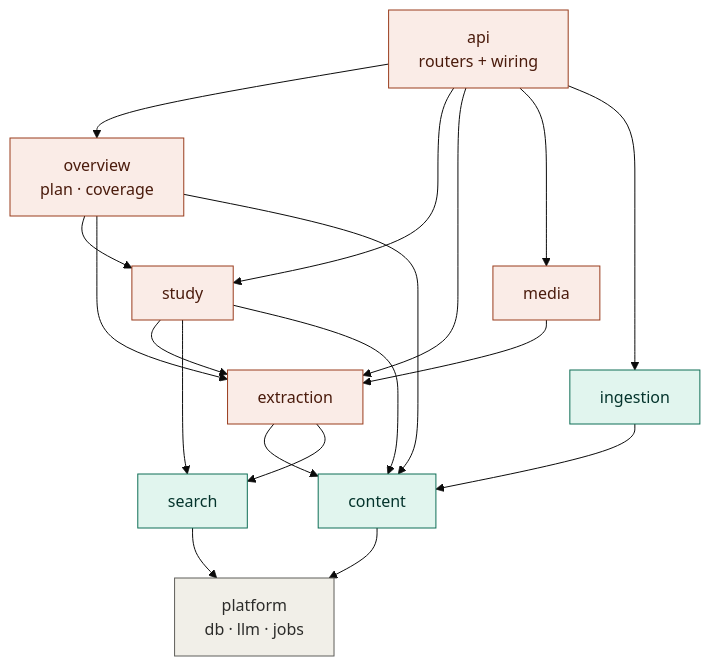
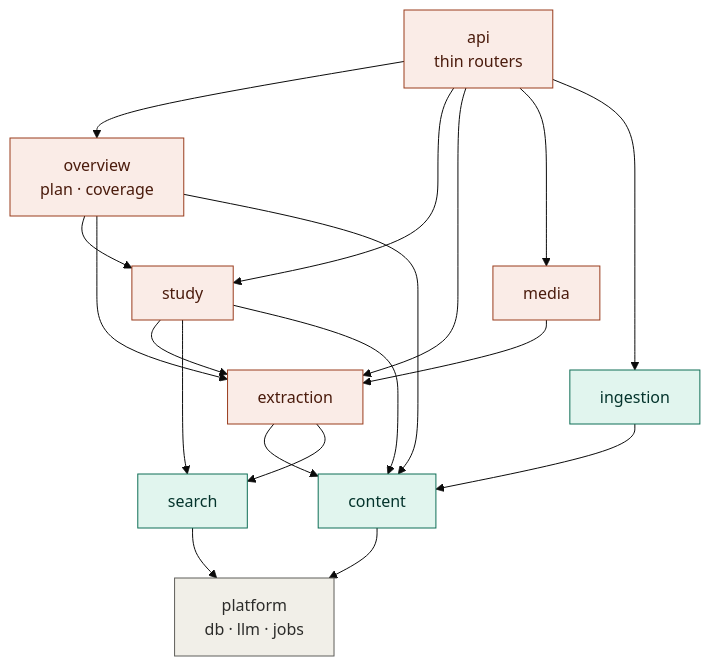
Before and after one commit to Aiden-Ferrante/learnhub-core: the second of 4 diagrams in MAP.md, drawn with Mermaid (base theme). The commit also changed other lines of this file and 2 other files, not shown here.

First line of the commit message:
docs: reflect the pipeline conductor in MAP.md + ARCHITECTURE.md

````diff
--- a/MAP.md
+++ b/MAP.md
@@ -76,47 +76,47 @@
 ```mermaid
 flowchart TD
-  api["api<br/>routers + wiring"]
+  api["api<br/>thin routers"]
   overview["overview<br/>plan · coverage"]
   study["study"]
   extraction["extraction"]
   media["media"]
   content["content"]
   ingestion["ingestion"]
   search["search"]
   platform["platform<br/>db · llm · jobs"]
 
   api --> overview
   api --> study
   api --> extraction
   api --> media
   api --> ingestion
   overview --> study
   overview --> extraction
   study --> extraction
   study --> search
   extraction --> content
   extraction --> search
   media --> extraction
   ingestion --> content
   content --> platform
   search --> platform
   study --> content
   overview --> content
 
   classDef floor fill:#F1EFE8,stroke:#5F5E5A,color:#2C2C2A;
   classDef data fill:#E1F5EE,stroke:#0F6E56,color:#04342C;
   classDef behavior fill:#FAECE7,stroke:#993C1D,color:#4A1B0C;
   class platform floor;
   class content,ingestion,search data;
   class api,overview,study,extraction,media behavior;
 
   click api "https://github.com/Aiden-Ferrante/learnhub/tree/main/backend/app/api"
   click overview "https://github.com/Aiden-Ferrante/learnhub/tree/main/backend/app/overview"
   click study "https://github.com/Aiden-Ferrante/learnhub/tree/main/backend/app/study"
   click extraction "https://github.com/Aiden-Ferrante/learnhub/tree/main/backend/app/extraction"
   click media "https://github.com/Aiden-Ferrante/learnhub/tree/main/backend/app/media"
   click content "https://github.com/Aiden-Ferrante/learnhub/tree/main/backend/app/content"
   click ingestion "https://github.com/Aiden-Ferrante/learnhub/tree/main/backend/app/ingestion"
   click search "https://github.com/Aiden-Ferrante/learnhub/tree/main/backend/app/search"
   click platform "https://github.com/Aiden-Ferrante/learnhub/tree/main/backend/app/platform"
 ```
````
